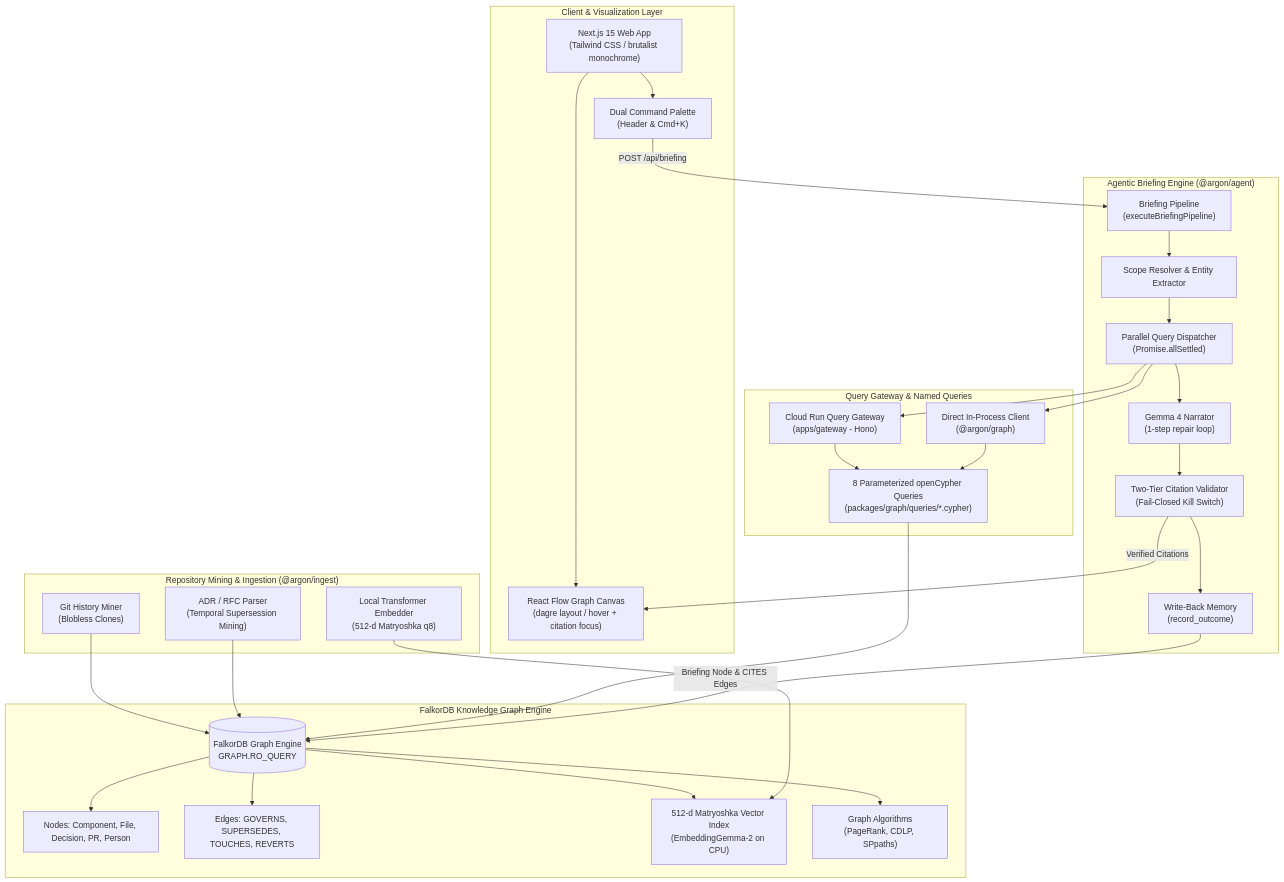
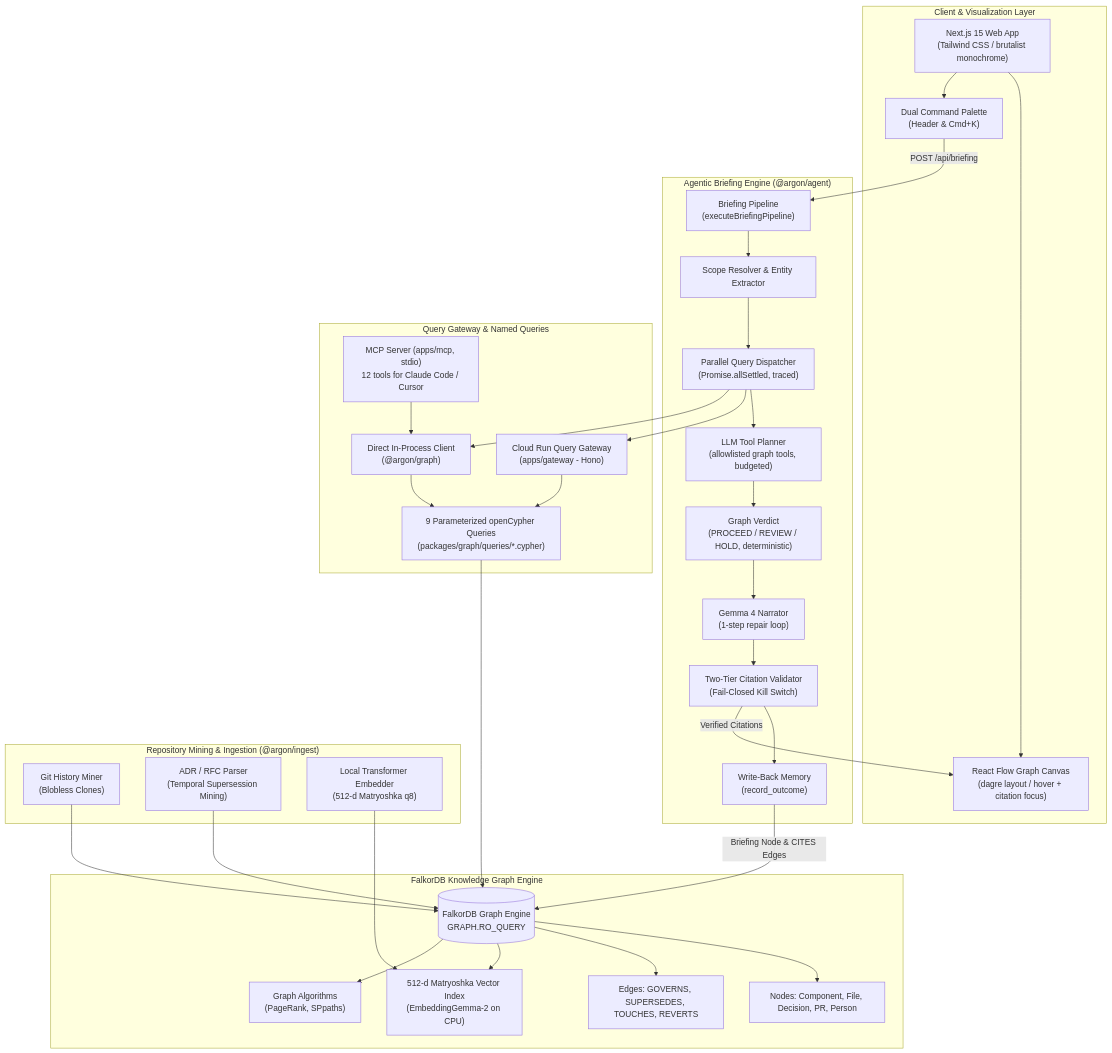
The first of 2 diagrams in README.md (Zephyrxx0/argon), drawn with Mermaid before and after one commit. The commit also changed other lines of this file and 3 other files, not shown here.

First line of the commit message:
docs: document MCP server, verdict/tool-trace, and company-brain; extend demo:check; add TODO

````diff
--- a/README.md
+++ b/README.md
@@ -32,63 +32,69 @@
 ```mermaid
 flowchart TD
     subgraph ClientLayer ["Client & Visualization Layer"]
         Web["Next.js 15 Web App<br/>(Tailwind CSS / brutalist monochrome)"]
         Canvas["React Flow Graph Canvas<br/>(dagre layout / hover + citation focus)"]
         CmdK["Dual Command Palette<br/>(Header & Cmd+K)"]
         Web --> Canvas
         Web --> CmdK
     end
 
     subgraph AgentLayer ["Agentic Briefing Engine (@argon/agent)"]
         Pipeline["Briefing Pipeline<br/>(executeBriefingPipeline)"]
         Resolver["Scope Resolver & Entity Extractor"]
-        Dispatcher["Parallel Query Dispatcher<br/>(Promise.allSettled)"]
+        Dispatcher["Parallel Query Dispatcher<br/>(Promise.allSettled, traced)"]
+        Planner["LLM Tool Planner<br/>(allowlisted graph tools, budgeted)"]
+        Verdict["Graph Verdict<br/>(PROCEED / REVIEW / HOLD, deterministic)"]
         Narrator["Gemma 4 Narrator<br/>(1-step repair loop)"]
         Validator["Two-Tier Citation Validator<br/>(Fail-Closed Kill Switch)"]
         Memory["Write-Back Memory<br/>(record_outcome)"]
 
         Pipeline --> Resolver
         Resolver --> Dispatcher
-        Dispatcher --> Narrator
+        Dispatcher --> Planner
+        Planner --> Verdict
+        Verdict --> Narrator
         Narrator --> Validator
         Validator --> Memory
     end
 
     subgraph GatewayLayer ["Query Gateway & Named Queries"]
         Gateway["Cloud Run Query Gateway<br/>(apps/gateway - Hono)"]
         Direct["Direct In-Process Client<br/>(@argon/graph)"]
-        Queries["8 Parameterized openCypher Queries<br/>(packages/graph/queries/*.cypher)"]
+        MCP["MCP Server (apps/mcp, stdio)<br/>12 tools for Claude Code / Cursor"]
+        Queries["9 Parameterized openCypher Queries<br/>(packages/graph/queries/*.cypher)"]
         Gateway --> Queries
         Direct --> Queries
+        MCP --> Direct
     end
 
     subgraph FalkorLayer ["FalkorDB Knowledge Graph Engine"]
         Falkor[("FalkorDB Graph Engine<br/>GRAPH.RO_QUERY")]
         GraphNodes["Nodes: Component, File, Decision, PR, Person"]
         GraphEdges["Edges: GOVERNS, SUPERSEDES, TOUCHES, REVERTS"]
         VectorIdx["512-d Matryoshka Vector Index<br/>(EmbeddingGemma-2 on CPU)"]
-        Algo["Graph Algorithms<br/>(PageRank, CDLP, SPpaths)"]
+        Algo["Graph Algorithms<br/>(PageRank, SPpaths)"]
         
         Falkor --> GraphNodes
         Falkor --> GraphEdges
         Falkor --> VectorIdx
         Falkor --> Algo
     end
 
     subgraph IngestLayer ["Repository Mining & Ingestion (@argon/ingest)"]
         GitMiner["Git History Miner<br/>(Blobless Clones)"]
         ADRMiner["ADR / RFC Parser<br/>(Temporal Supersession Mining)"]
         Embedder["Local Transformer Embedder<br/>(512-d Matryoshka q8)"]
         
         GitMiner --> Falkor
         ADRMiner --> Falkor
         Embedder --> VectorIdx
     end
 
     CmdK -->|POST /api/briefing| Pipeline
     Dispatcher --> Gateway
     Dispatcher --> Direct
     Queries --> Falkor
     Validator -->|Verified Citations| Canvas
     Memory -->|Briefing Node & CITES Edges| Falkor
 ```
````
